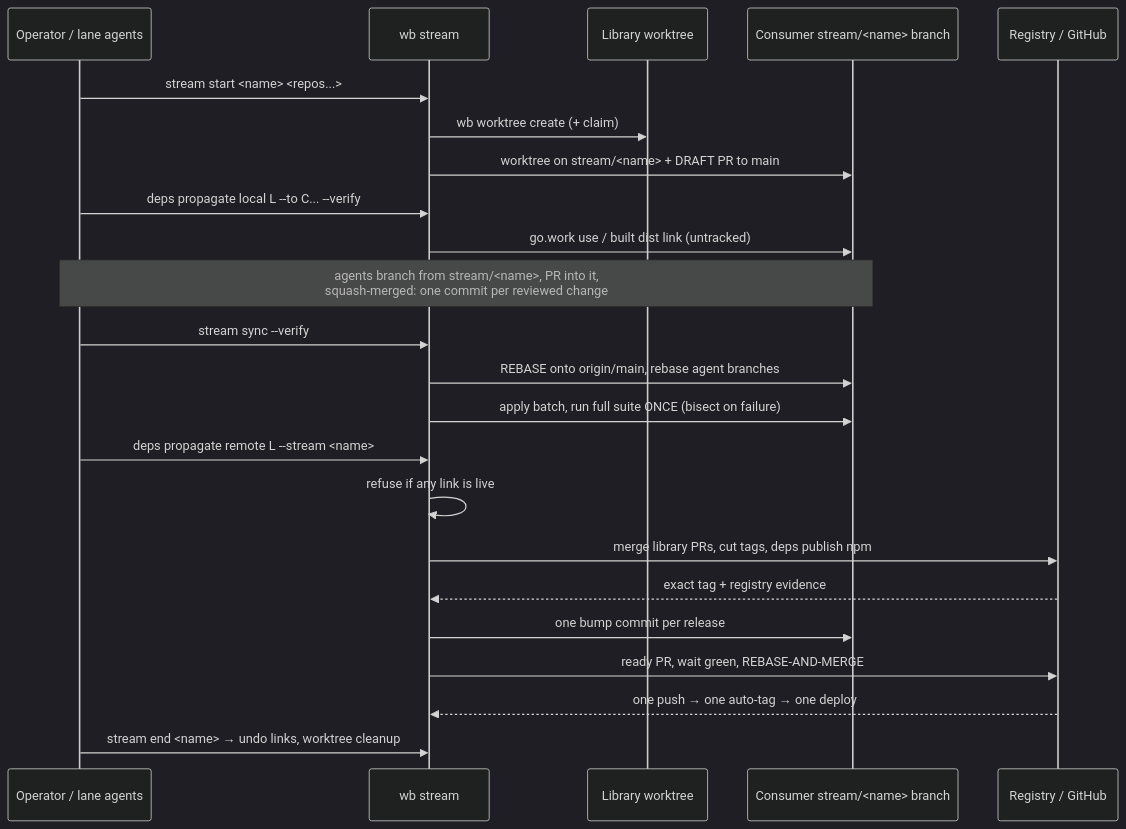
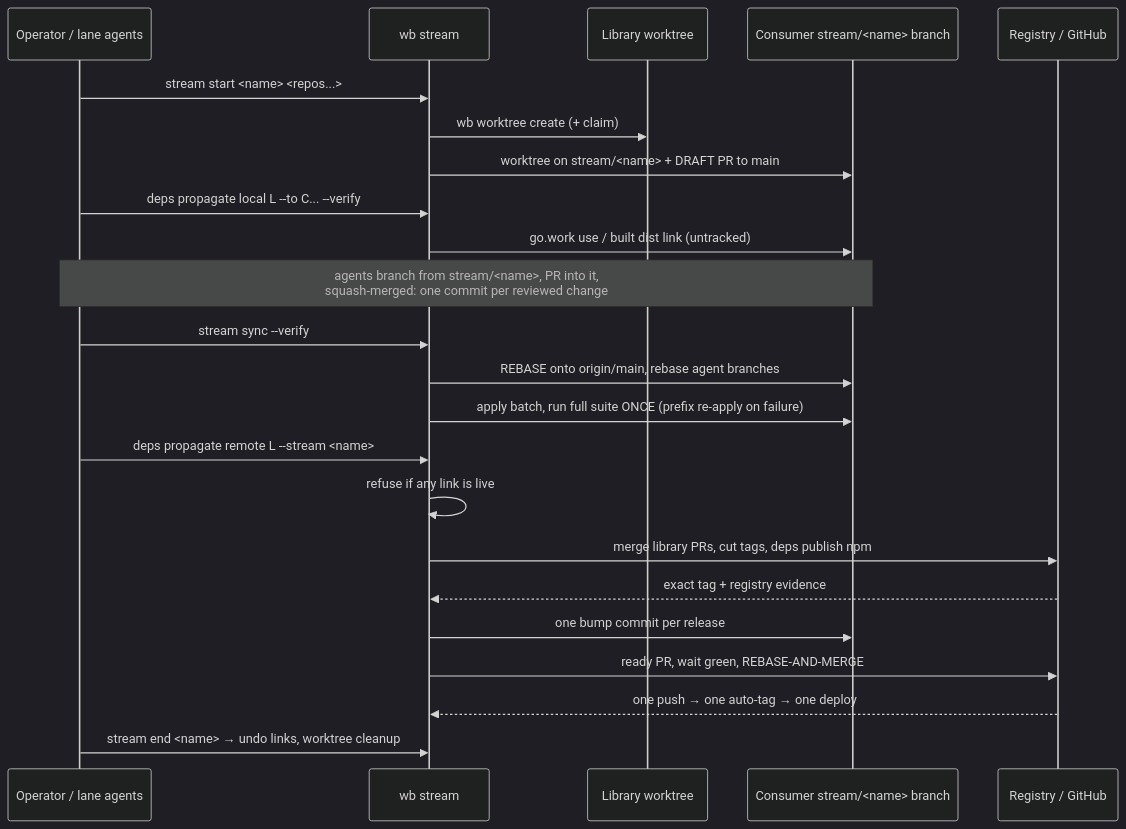
The diagram in spec/features/dependency-streams/README.md (sneat-dev/wb), drawn with Mermaid (dark theme) before and after one commit. The commit also changed other lines of this file, not shown here.

````diff
--- a/spec/features/dependency-streams/README.md
+++ b/spec/features/dependency-streams/README.md
@@ -1024,25 +1309,25 @@
 ```mermaid
 sequenceDiagram
     participant O as Operator / lane agents
     participant S as wb stream
     participant L as Library worktree
     participant C as Consumer stream/<name> branch
     participant R as Registry / GitHub
     O->>S: stream start <name> <repos...>
     S->>L: wb worktree create (+ claim)
     S->>C: worktree on stream/<name> + DRAFT PR to main
     O->>S: deps propagate local L --to C... --verify
     S->>C: go.work use / built dist link (untracked)
     Note over O,C: agents branch from stream/<name>, PR into it,<br/>squash-merged: one commit per reviewed change
     O->>S: stream sync --verify
     S->>C: REBASE onto origin/main, rebase agent branches
-    S->>C: apply batch, run full suite ONCE (bisect on failure)
+    S->>C: apply batch, run full suite ONCE (prefix re-apply on failure)
     O->>S: deps propagate remote L --stream <name>
     S->>S: refuse if any link is live
     S->>R: merge library PRs, cut tags, deps publish npm
     R-->>S: exact tag + registry evidence
     S->>C: one bump commit per release
     S->>R: ready PR, wait green, REBASE-AND-MERGE
     R-->>S: one push → one auto-tag → one deploy
     O->>S: stream end <name> → undo links, worktree cleanup
 ```
````
